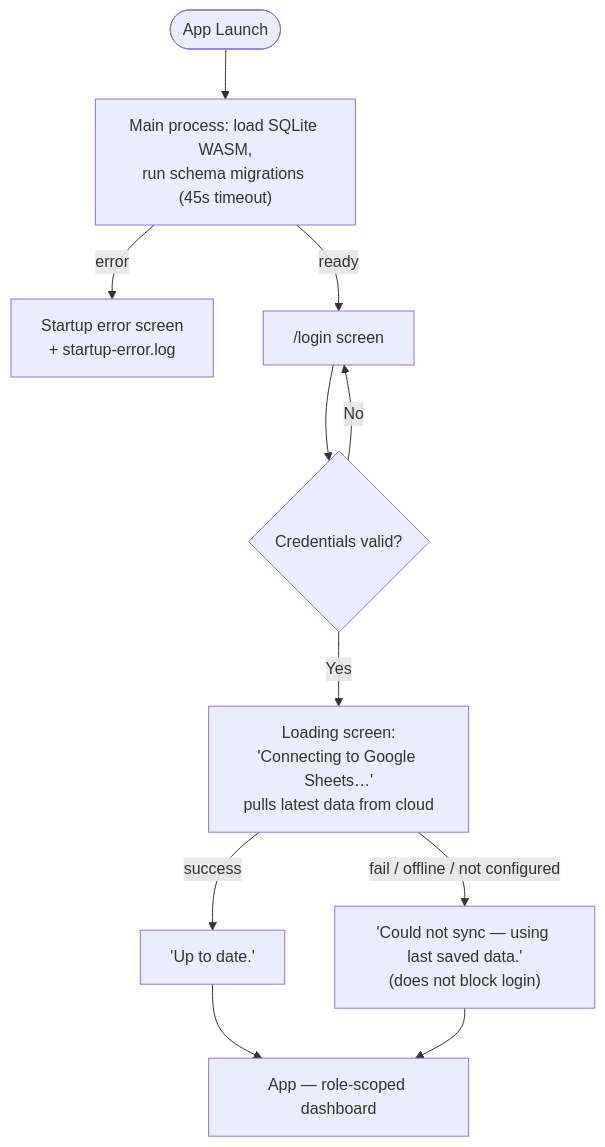
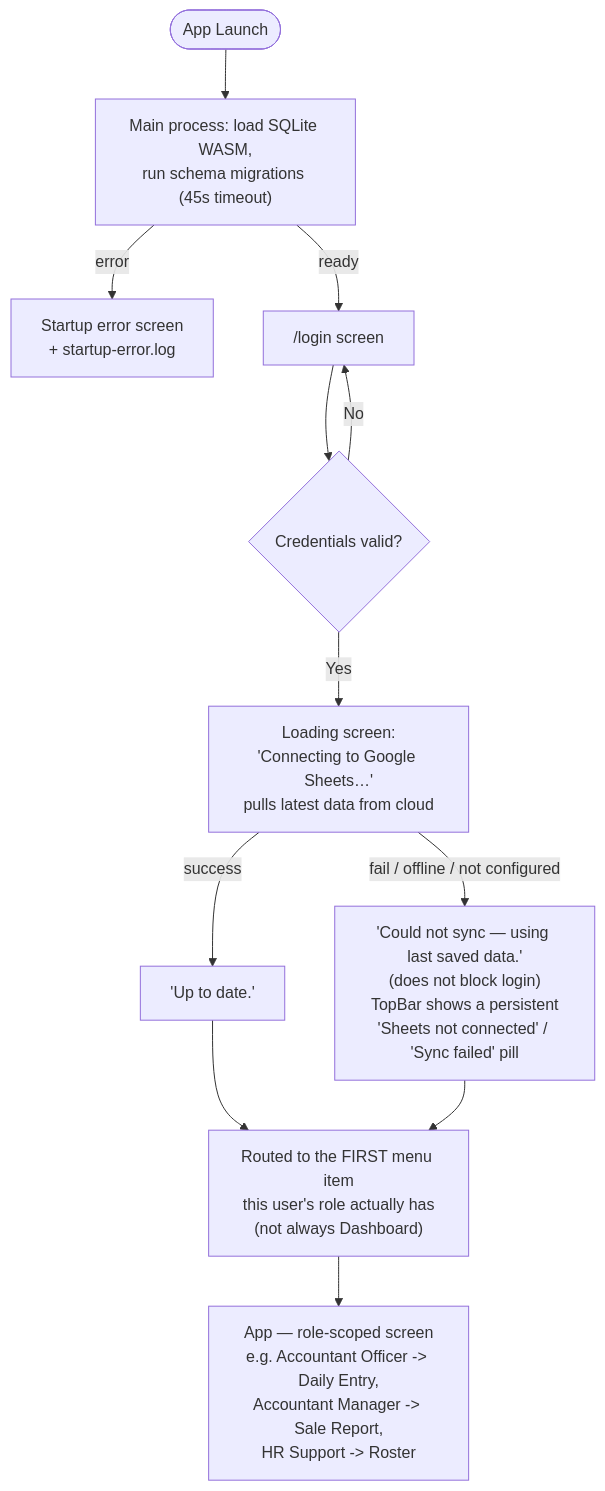
Before and after one commit to Tocknpn/KPV_KPI_tracking: the first of 6 diagrams in FLOWCHART.md, drawn with Mermaid. The commit also changed other lines of this file and 12 other files, not shown here.

````diff
--- a/FLOWCHART.md
+++ b/FLOWCHART.md
@@ -11,13 +11,14 @@
 ```mermaid
 flowchart TD
     START([App Launch]) --> INIT["Main process: load SQLite WASM,\nrun schema migrations (45s timeout)"]
     INIT -->|error| ERRSCREEN["Startup error screen\n+ startup-error.log"]
     INIT -->|ready| LOGIN["/login screen"]
     LOGIN --> AUTH{"Credentials valid?"}
     AUTH -->|No| LOGIN
     AUTH -->|Yes| SYNC["Loading screen:\n'Connecting to Google Sheets…'\npulls latest data from cloud"]
     SYNC -->|success| UPTODATE["'Up to date.'"]
-    SYNC -->|fail / offline / not configured| STALE["'Could not sync — using last saved data.'\n(does not block login)"]
-    UPTODATE --> APP["App — role-scoped dashboard"]
-    STALE --> APP
+    SYNC -->|fail / offline / not configured| STALE["'Could not sync — using last saved data.'\n(does not block login)\nTopBar shows a persistent\n'Sheets not connected' / 'Sync failed' pill"]
+    UPTODATE --> HOME["Routed to the FIRST menu item\nthis user's role actually has\n(not always Dashboard)"]
+    STALE --> HOME
+    HOME --> APP["App — role-scoped screen\ne.g. Accountant Officer -> Daily Entry,\nAccountant Manager -> Sale Report,\nHR Support -> Roster"]
 ```
````
